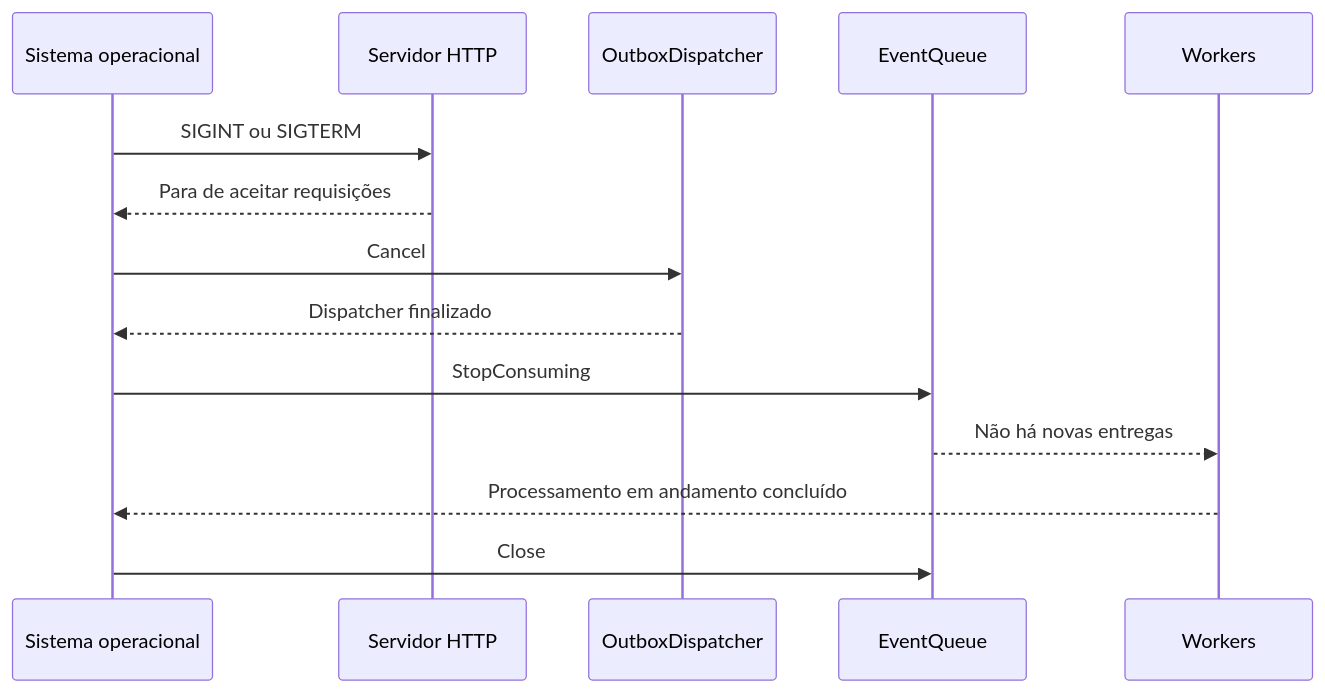
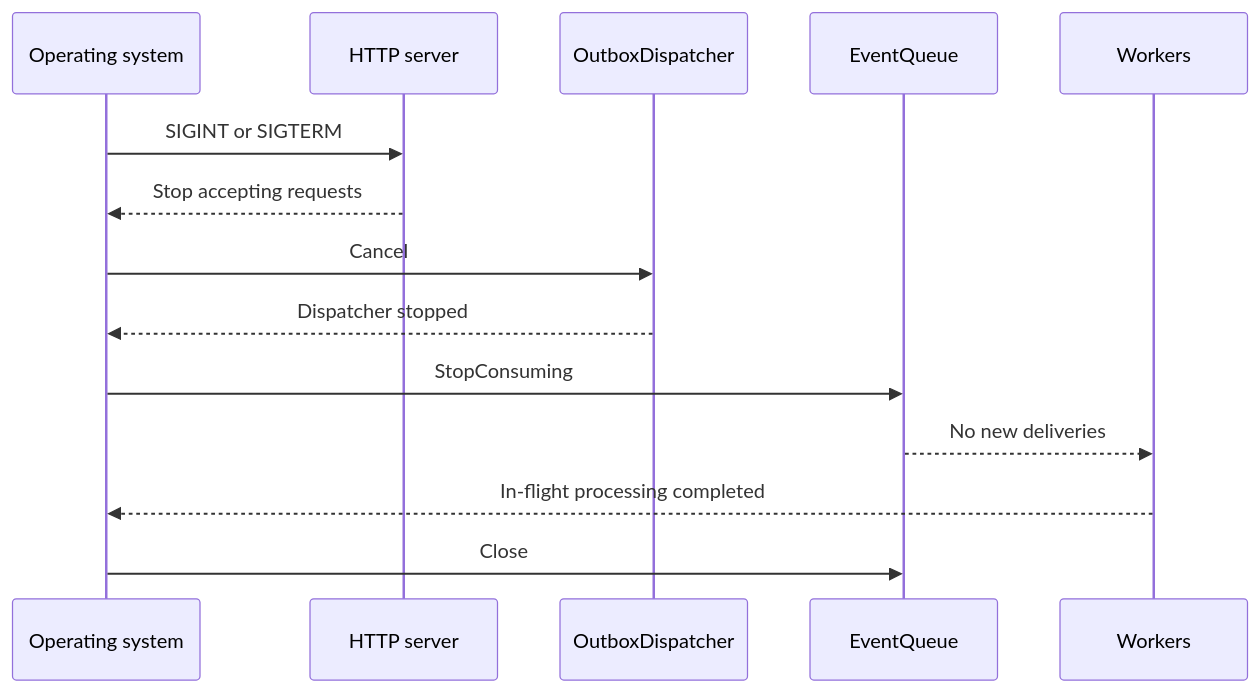
Before and after one commit to rafamguedes/go-webhook-processor: the third of 3 diagrams in docs/architecture.md, drawn with Mermaid. The commit also changed other lines of this file, not shown here.

Commit message:
feat: translate architecture document to English and enhance clarity

````diff
--- a/docs/architecture.md
+++ b/docs/architecture.md
@@ -73,17 +73,17 @@
 ```mermaid
 sequenceDiagram
-    participant OS as Sistema operacional
-    participant HTTP as Servidor HTTP
+    participant OS as Operating system
+    participant HTTP as HTTP server
     participant Outbox as OutboxDispatcher
     participant Queue as EventQueue
     participant Workers as Workers
 
-    OS->>HTTP: SIGINT ou SIGTERM
-    HTTP-->>OS: Para de aceitar requisições
+    OS->>HTTP: SIGINT or SIGTERM
+    HTTP-->>OS: Stop accepting requests
     OS->>Outbox: Cancel
-    Outbox-->>OS: Dispatcher finalizado
+    Outbox-->>OS: Dispatcher stopped
     OS->>Queue: StopConsuming
-    Queue-->>Workers: Não há novas entregas
-    Workers-->>OS: Processamento em andamento concluído
+    Queue-->>Workers: No new deliveries
+    Workers-->>OS: In-flight processing completed
     OS->>Queue: Close
 ```
````
